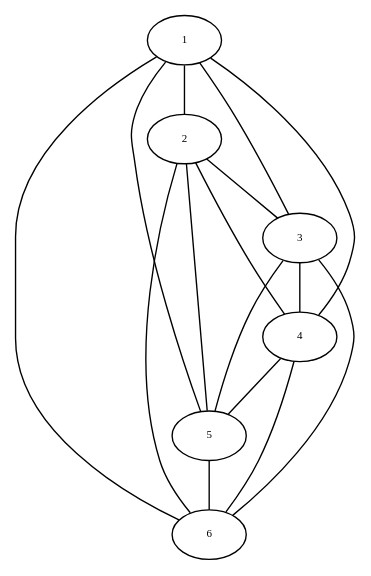
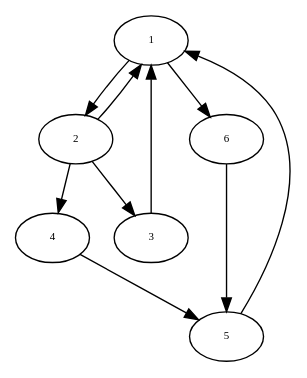
Before and after one commit to Arcalist/SI-Projekt: the diagram in prezentacja/graph.dot, drawn with Graphviz. The commit also changed 3 other files, not shown here.

```diff
--- a/prezentacja/graph.dot
+++ b/prezentacja/graph.dot
@@ -1,91 +1,77 @@
-graph RGL__AdjacencyGraph {
+digraph RGL__DirectedAdjacencyGraph {
     1 [
         fontsize = 8,
         label = 1
     ]
 
     2 [
         fontsize = 8,
         label = 2
     ]
 
     3 [
         fontsize = 8,
         label = 3
     ]
 
     4 [
         fontsize = 8,
         label = 4
     ]
 
     5 [
         fontsize = 8,
         label = 5
     ]
 
+    1 [
+        fontsize = 8,
+        label = 1
+    ]
+
+    1 [
+        fontsize = 8,
+        label = 1
+    ]
+
     6 [
         fontsize = 8,
         label = 6
     ]
 
-    1 -- 2 [
+    1 -> 2 [
         fontsize = 8
     ]
 
-    1 -- 3 [
+    1 -> 6 [
         fontsize = 8
     ]
 
-    1 -- 4 [
+    2 -> 3 [
         fontsize = 8
     ]
 
-    1 -- 5 [
+    2 -> 4 [
         fontsize = 8
     ]
 
-    1 -- 6 [
+    2 -> 1 [
         fontsize = 8
     ]
 
-    2 -- 3 [
+    3 -> 1 [
         fontsize = 8
     ]
 
-    2 -- 4 [
+    4 -> 5 [
         fontsize = 8
     ]
 
-    2 -- 5 [
+    5 -> 1 [
         fontsize = 8
     ]
 
-    2 -- 6 [
-        fontsize = 8
-    ]
-
-    3 -- 4 [
-        fontsize = 8
-    ]
-
-    3 -- 5 [
-        fontsize = 8
-    ]
-
-    3 -- 6 [
-        fontsize = 8
-    ]
-
-    4 -- 5 [
-        fontsize = 8
-    ]
-
-    4 -- 6 [
-        fontsize = 8
-    ]
-
-    5 -- 6 [
+    6 -> 5 [
         fontsize = 8
     ]
 }
```
